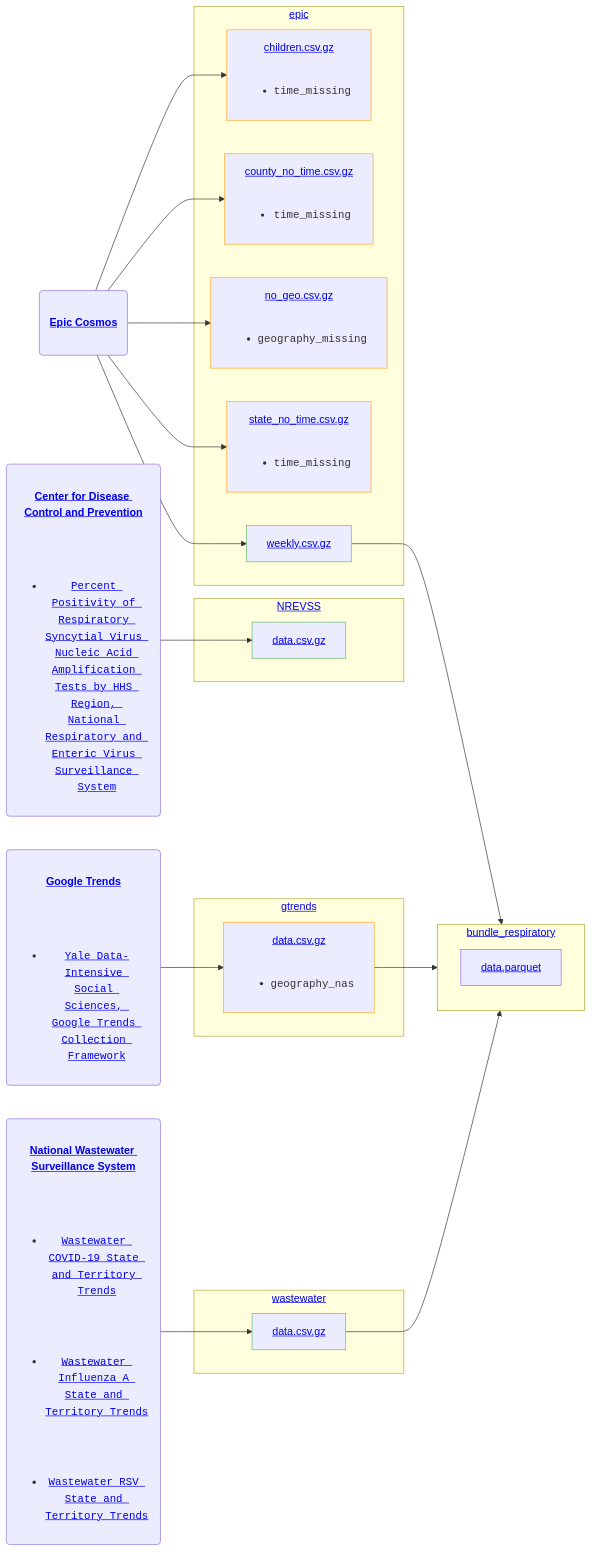
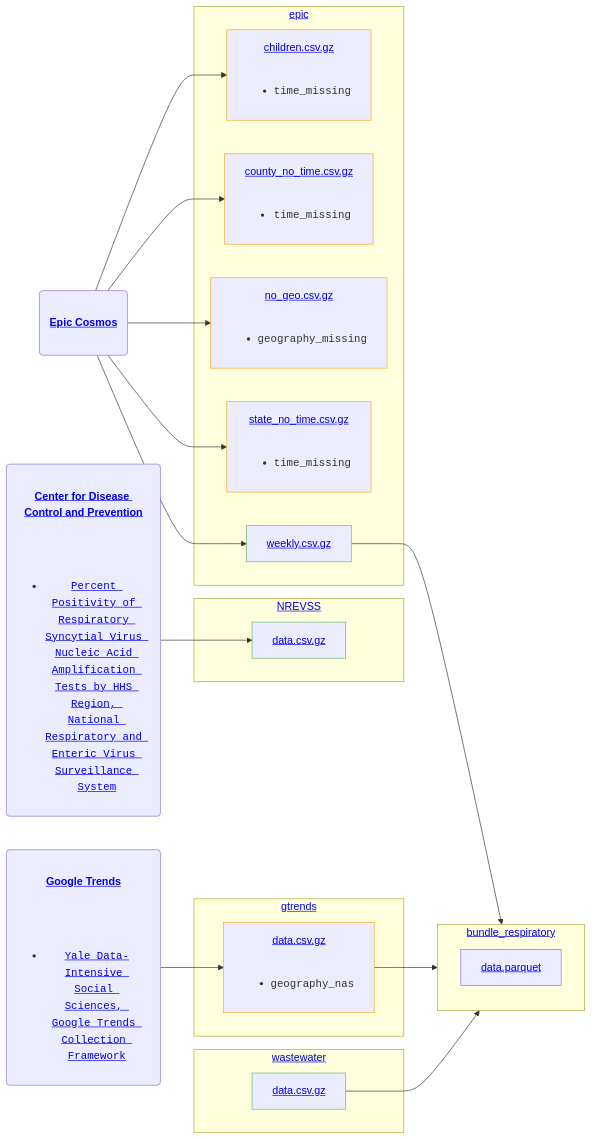
One commit to DISSC-yale/pophive_demo changed the diagram in status.md. Above: the diagram before and after it, drawn with Mermaid. The commit also changed 10 other files, not shown here.

````diff
--- a/status.md
+++ b/status.md
@@ -1,40 +1,38 @@
 ```mermaid
 flowchart LR
     classDef pass stroke:#66bb6a
     classDef warn stroke:#ffa726
     classDef fail stroke:#f44336
     s0("`<h4><a href="https://cosmos.epic.com/" target="_blank" rel="noreferrer">Epic Cosmos</a></h4>`")
     s1("`<h4><a href="https://trends.google.com" target="_blank" rel="noreferrer">Google Trends</a></h4><br/><ul><br/><li><code><a href="https://github.com/DISSC-yale/gtrends_collection" target="_blank" rel="noreferrer">Yale Data-Intensive Social Sciences, Google Trends Collection Framework</a></code></li></ul>`")
     s2("`<h4><a href="https://data.cdc.gov" target="_blank" rel="noreferrer">Center for Disease Control and Prevention</a></h4><br/><ul><br/><li><code><a href="https://data.cdc.gov/resource/3cxc-4k8q" target="_blank" rel="noreferrer">Percent Positivity of Respiratory Syncytial Virus Nucleic Acid Amplification Tests by HHS Region, National Respiratory and Enteric Virus Surveillance System</a></code></li></ul>`")
-    s3("`<h4><a href="https://www.cdc.gov/nwss" target="_blank" rel="noreferrer">National Wastewater Surveillance System</a></h4><br/><ul><br/><li><code><a href="https://www.cdc.gov/nwss/rv/COVID19-statetrend.html" target="_blank" rel="noreferrer">Wastewater COVID-19 State and Territory Trends</a></code></li></ul><br/><ul><br/><li><code><a href="https://www.cdc.gov/nwss/rv/InfluenzaA-statetrend.html" target="_blank" rel="noreferrer">Wastewater Influenza A State and Territory Trends</a></code></li></ul><br/><ul><br/><li><code><a href="https://www.cdc.gov/nwss/rv/RSV-statetrend.html" target="_blank" rel="noreferrer">Wastewater RSV State and Territory Trends</a></code></li></ul>`")
     subgraph epic["`<a href="https://github.com/dissc-yale/pophive_demo/tree/main/data/epic" target="_blank" rel="noreferrer">epic</a>`"]
         n1["`<a href="https://github.com/dissc-yale/pophive_demo/blob/main/data/epic/standard/children.csv.gz" target="_blank" rel="noreferrer">children.csv.gz</a><ul><br/><li><code>time_missing</code></li></ul>`"]:::warn
         n2["`<a href="https://github.com/dissc-yale/pophive_demo/blob/main/data/epic/standard/county_no_time.csv.gz" target="_blank" rel="noreferrer">county_no_time.csv.gz</a><ul><br/><li><code>time_missing</code></li></ul>`"]:::warn
         n3["`<a href="https://github.com/dissc-yale/pophive_demo/blob/main/data/epic/standard/no_geo.csv.gz" target="_blank" rel="noreferrer">no_geo.csv.gz</a><ul><br/><li><code>geography_missing</code></li></ul>`"]:::warn
         n4["`<a href="https://github.com/dissc-yale/pophive_demo/blob/main/data/epic/standard/state_no_time.csv.gz" target="_blank" rel="noreferrer">state_no_time.csv.gz</a><ul><br/><li><code>time_missing</code></li></ul>`"]:::warn
         n5["`<a href="https://github.com/dissc-yale/pophive_demo/blob/main/data/epic/standard/weekly.csv.gz" target="_blank" rel="noreferrer">weekly.csv.gz</a>`"]:::pass
     end
     subgraph gtrends["`<a href="https://github.com/dissc-yale/pophive_demo/tree/main/data/gtrends" target="_blank" rel="noreferrer">gtrends</a>`"]
         n6["`<a href="https://github.com/dissc-yale/pophive_demo/blob/main/data/gtrends/standard/data.csv.gz" target="_blank" rel="noreferrer">data.csv.gz</a><ul><br/><li><code>geography_nas</code></li></ul>`"]:::warn
     end
     subgraph NREVSS["`<a href="https://github.com/dissc-yale/pophive_demo/tree/main/data/NREVSS" target="_blank" rel="noreferrer">NREVSS</a>`"]
         n7["`<a href="https://github.com/dissc-yale/pophive_demo/blob/main/data/NREVSS/standard/data.csv.gz" target="_blank" rel="noreferrer">data.csv.gz</a>`"]:::pass
     end
     subgraph wastewater["`<a href="https://github.com/dissc-yale/pophive_demo/tree/main/data/wastewater" target="_blank" rel="noreferrer">wastewater</a>`"]
         n8["`<a href="https://github.com/dissc-yale/pophive_demo/blob/main/data/wastewater/standard/data.csv.gz" target="_blank" rel="noreferrer">data.csv.gz</a>`"]:::pass
     end
     subgraph bundle_respiratory["`<a href="https://github.com/dissc-yale/pophive_demo/tree/main/data/bundle_respiratory" target="_blank" rel="noreferrer">bundle_respiratory</a>`"]
         n9["`<a href="https://github.com/dissc-yale/pophive_demo/blob/main/data/bundle_respiratory/dist/data.parquet" target="_blank" rel="noreferrer">data.parquet</a>`"]
     end
     s0 --> n1
     s0 --> n2
     s0 --> n3
     s0 --> n4
     s0 --> n5
     s1 --> n6
     s2 --> n7
-    s3 --> n8
     n5 --> bundle_respiratory
     n6 --> bundle_respiratory
     n8 --> bundle_respiratory
 ```
````
